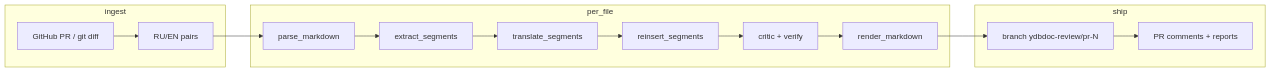
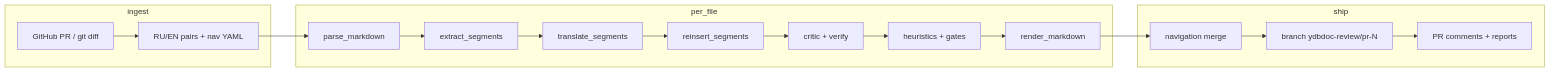
Before and after one commit to ydb-platform/ydbdoc-review: the second of 2 diagrams in ARCHITECTURE.md, drawn with Mermaid. The commit also changed other lines of this file and 3 other files, not shown here.

First line of the commit message:
Add architecture diagram and refresh README and ARCHITECTURE docs.

````diff
--- a/ARCHITECTURE.md
+++ b/ARCHITECTURE.md
@@ -8,21 +52,23 @@
 ```mermaid
 flowchart LR
   subgraph ingest
     GH[GitHub PR / git diff]
-    PAIRS[RU/EN pairs]
+    PAIRS[RU/EN pairs + nav YAML]
   end
   subgraph per_file
     PARSE[parse_markdown]
     SEG[extract_segments]
     TR[translate_segments]
     REINS[reinsert_segments]
     CRIT[critic + verify]
+    VAL[heuristics + gates]
     REND[render_markdown]
   end
   subgraph ship
+    NAVM[navigation merge]
     GIT[branch ydbdoc-review/pr-N]
     RPT[PR comments + reports]
   end
-  GH --> PAIRS --> PARSE --> SEG --> TR --> REINS --> CRIT --> REND
-  REND --> GIT --> RPT
+  GH --> PAIRS --> PARSE --> SEG --> TR --> REINS --> CRIT --> VAL --> REND
+  REND --> NAVM --> GIT --> RPT
 ```
````
